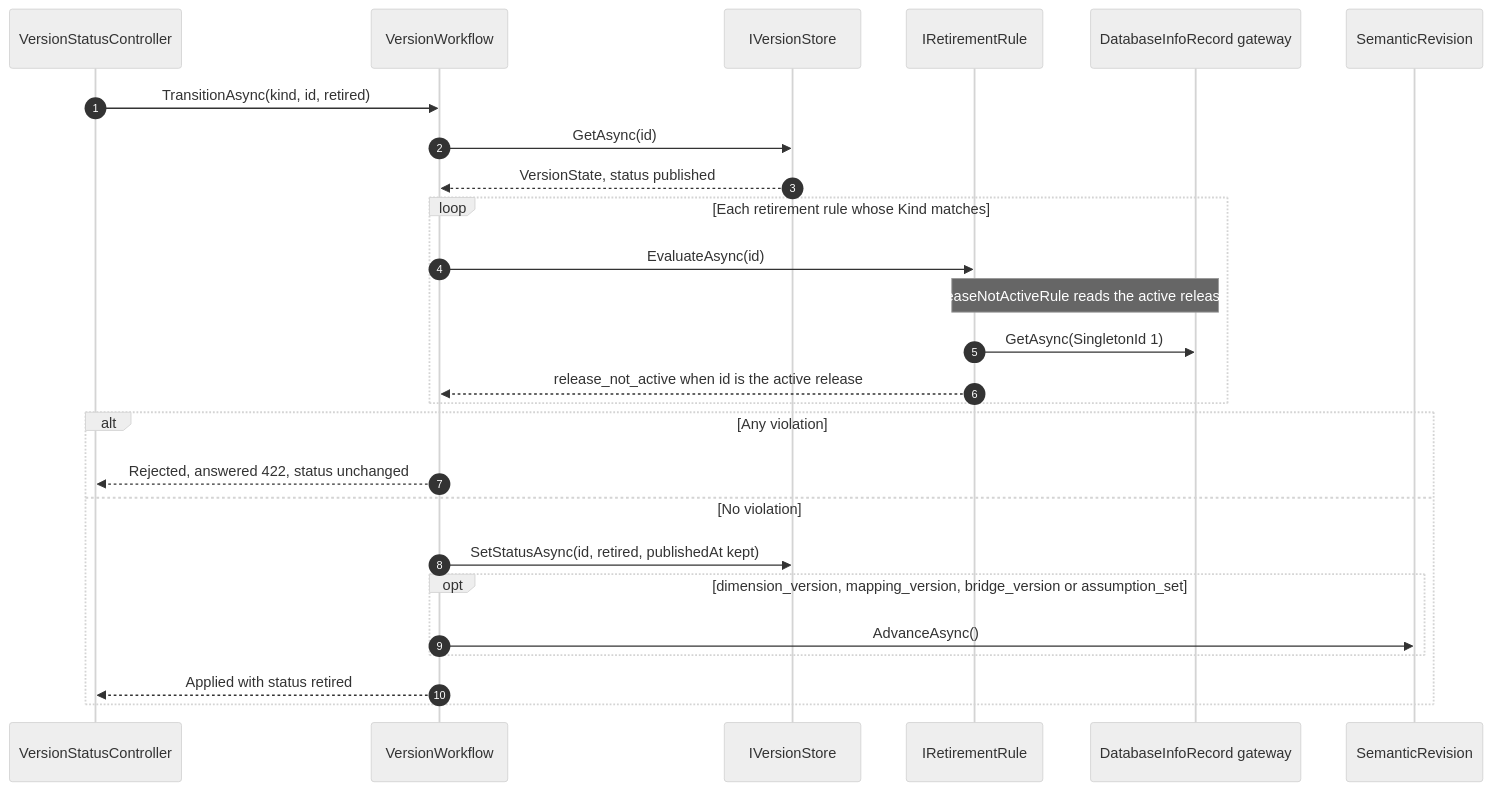
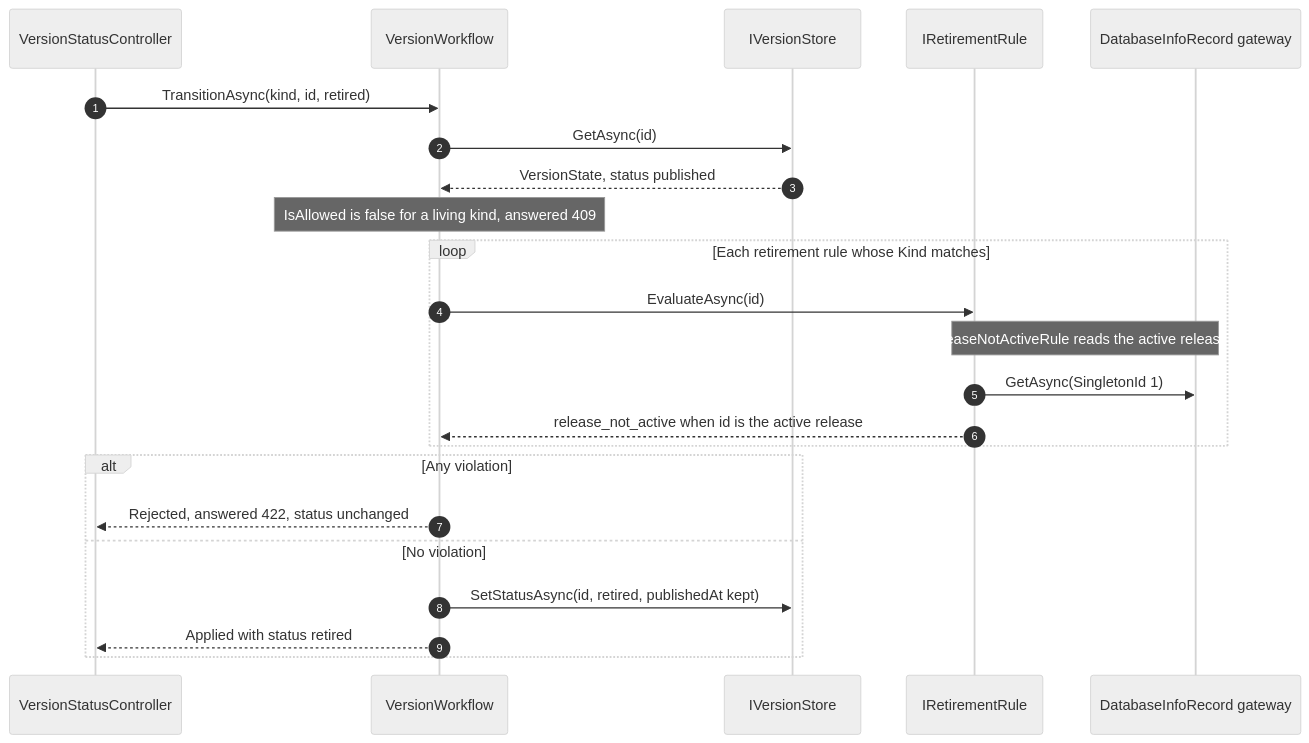
One commit to chrisaliotta/Quantalytix.QueryEngine.Admin changed the sixth of 6 diagrams in api/docs/architecture/04-version-lifecycle.md. Above: the diagram before and after it, drawn with Mermaid (neutral theme). The commit also changed other lines of this file and 390 other files, not shown here.

First line of the commit message:
feat: enhance API documentation and architecture for versioning and assumption sets

````diff
--- a/api/docs/architecture/04-version-lifecycle.md
+++ b/api/docs/architecture/04-version-lifecycle.md
@@ -132,28 +170,25 @@
 ```mermaid
 sequenceDiagram
     autonumber
     participant Ctl as VersionStatusController
     participant Wf as VersionWorkflow
     participant Store as IVersionStore
     participant Rules as IRetirementRule
     participant Info as DatabaseInfoRecord gateway
-    participant Rev as SemanticRevision
     Ctl->>Wf: TransitionAsync(kind, id, retired)
     Wf->>Store: GetAsync(id)
     Store-->>Wf: VersionState, status published
+    Note over Wf: IsAllowed is false for a living kind, answered 409
     loop Each retirement rule whose Kind matches
         Wf->>Rules: EvaluateAsync(id)
         Note over Rules,Info: ReleaseNotActiveRule reads the active release ID
         Rules->>Info: GetAsync(SingletonId 1)
         Rules-->>Wf: release_not_active when id is the active release
     end
     alt Any violation
         Wf-->>Ctl: Rejected, answered 422, status unchanged
     else No violation
         Wf->>Store: SetStatusAsync(id, retired, publishedAt kept)
-        opt dimension_version, mapping_version, bridge_version or assumption_set
-            Wf->>Rev: AdvanceAsync()
-        end
         Wf-->>Ctl: Applied with status retired
     end
 ```
````
